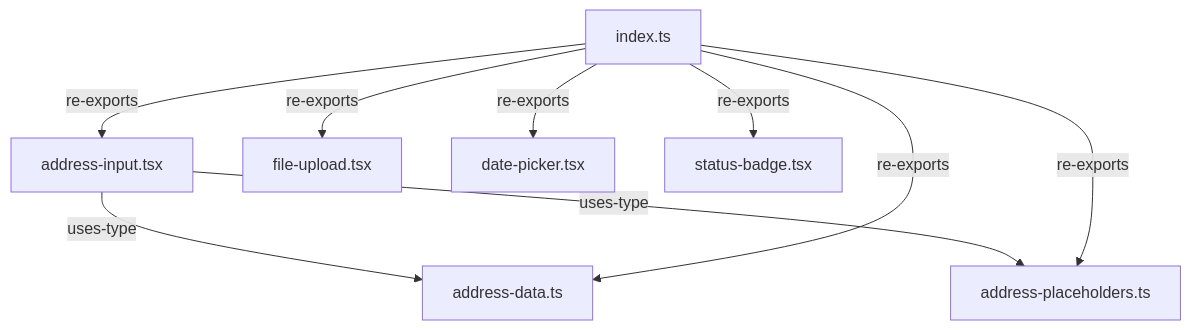
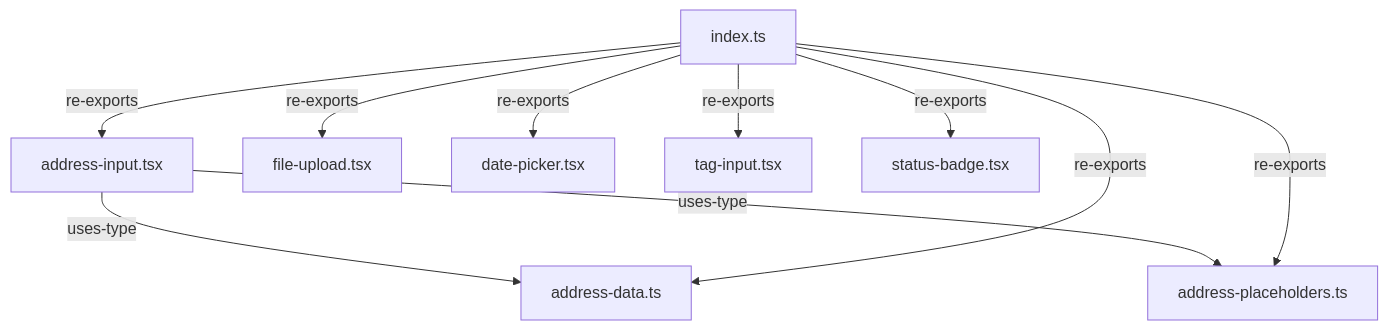
Before and after one commit to WianVDM/schema-framework: the diagram in packages/core/src/primitives/.context.md, drawn with Mermaid. The commit also changed other lines of this file and 23 other files, not shown here.

Commit message:
feat: add multiselect field type with TagInput primitive (Slice 3)

````diff
--- a/packages/core/src/primitives/.context.md
+++ b/packages/core/src/primitives/.context.md
@@ -19,11 +20,12 @@
 ```mermaid
 graph TD
     address-input.tsx -->|uses-type| address-data.ts
     address-input.tsx -->|uses-type| address-placeholders.ts
     index.ts -->|re-exports| address-data.ts
     index.ts -->|re-exports| address-placeholders.ts
     index.ts -->|re-exports| address-input.tsx
     index.ts -->|re-exports| file-upload.tsx
     index.ts -->|re-exports| date-picker.tsx
+    index.ts -->|re-exports| tag-input.tsx
     index.ts -->|re-exports| status-badge.tsx
 ```
````
